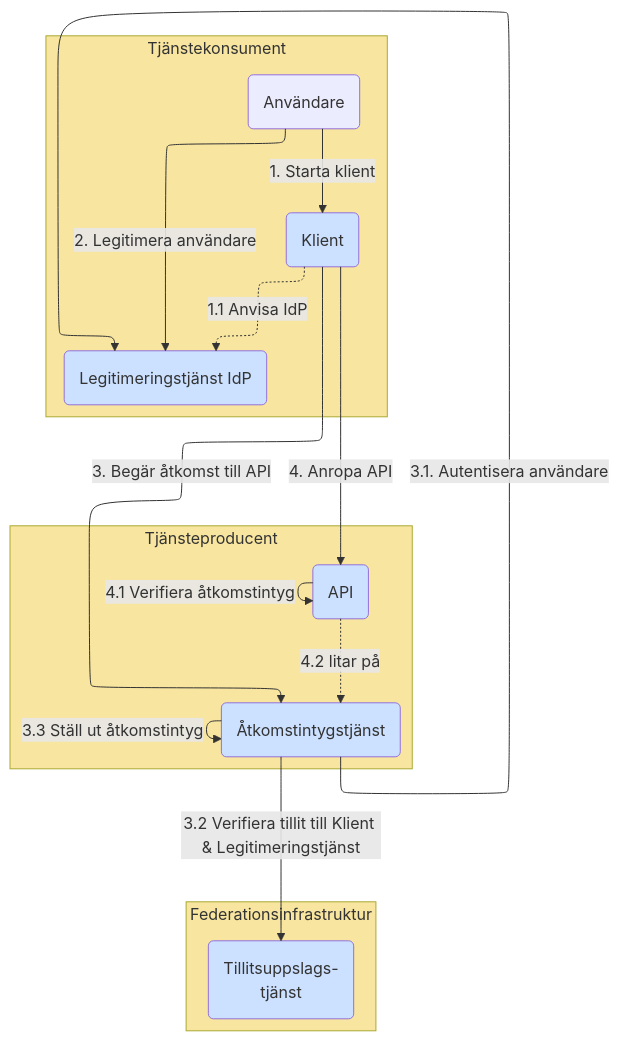
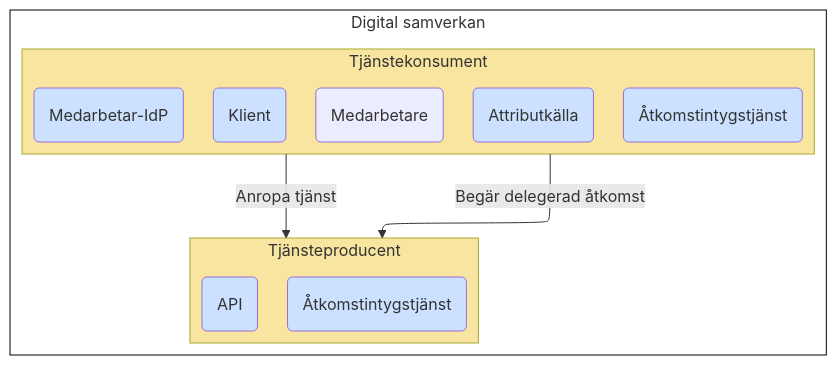
Before and after one commit to diggsweden/ena-authorization: the fifth of 10 diagrams in architecture/drafts/IAM_TargetArchitecture_Sweden.md, drawn with Mermaid. The commit also changed other lines of this file, not shown here.

````diff
--- a/architecture/drafts/IAM_TargetArchitecture_Sweden.md
+++ b/architecture/drafts/IAM_TargetArchitecture_Sweden.md
@@ -176,37 +190,30 @@
 ```mermaid
 %%{init: {"flowchart": {"defaultRenderer": "elk"}} }%%
 flowchart TB
- 
+
 classDef org fill:#F8E5A0
 classDef comp fill:#CCE1FF
 classDef box fill:#ffffff,stroke:#000000
 
-subgraph po[Tjänsteproducent]
-    p(API):::comp
-    as(Åtkomstintygstjänst):::comp
+subgraph is[Digital samverkan]
+    subgraph po[Tjänsteproducent]
+        p(API):::comp
+        as(Åtkomstintygstjänst):::comp
+    end
+    po:::org
+
+    subgraph co[Tjänstekonsument]
+        c(Klient):::comp
+        u(Medarbetare)
+        uidp(Medarbetar-IdP):::comp
+        uattr(Attributkälla):::comp
+        coas(Åtkomstintygstjänst):::comp
+    end
+    co:::org
 end
-po:::org
+is:::box
 
-subgraph ss[Federationsinfrastruktur]
-    t(Tillitsuppslags-<br>tjänst):::comp
-end
-ss:::org
+co--Begär delegerad åtkomst-->po
+co--Anropa tjänst-->po
 
-subgraph co[Tjänstekonsument]
-    idp(Legitimeringstjänst IdP):::comp
-    u(Användare)
-    c(Klient):::comp
-end
-co:::org
-
-u--<p>1. Starta klient-->c
-c-.1#46;1 Anvisa IdP.->idp
-u--<p>2. Legitimera användare-->idp
-c--<p>3. Begär åtkomst till API-->as
-as--<p>3.1. Autentisera användare-->idp 
-as--<p>3.2 Verifiera tillit till Klient & Legitimeringstjänst-->t
-as--<p>3.3 Ställ ut åtkomstintyg-->as
-c--<p>4. Anropa API-->p
-p--<p>4.1 Verifiera åtkomstintyg-->p
-p-.4#46;2 litar på.->as
 ```
````
